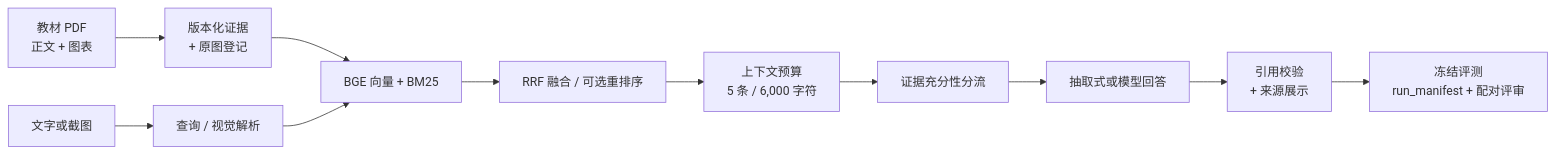
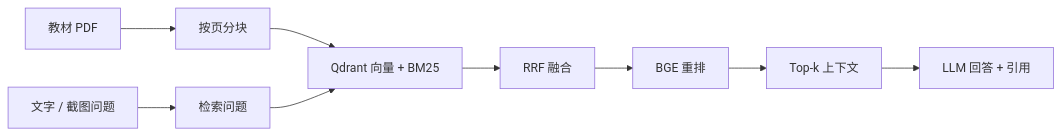
The diagram in README.zh-CN.md (YhxMo/medical-rag), drawn with Mermaid before and after one commit. The commit also changed other lines of this file and 556 other files, not shown here.

````diff
--- a/README.zh-CN.md
+++ b/README.zh-CN.md
@@ -22,13 +10,11 @@
 ```mermaid
 flowchart LR
-  A[教材 PDF<br/>正文 + 图表] --> B[版本化证据<br/>+ 原图登记]
-  B --> C[BGE 向量 + BM25]
-  Q[文字或截图] --> P[查询 / 视觉解析]
-  P --> C
-  C --> D[RRF 融合 / 可选重排序]
-  D --> E[上下文预算<br/>5 条 / 6,000 字符]
-  E --> F[证据充分性分流]
-  F --> G[抽取式或模型回答]
-  G --> H[引用校验<br/>+ 来源展示]
-  H --> I[冻结评测<br/>run_manifest + 配对评审]
+    PDF[教材 PDF] --> Chunk[按页分块]
+    Chunk --> Index[Qdrant 向量 + BM25]
+    Q[文字 / 截图问题] --> Query[检索问题]
+    Query --> Index
+    Index --> RRF[RRF 融合]
+    RRF --> Rank[BGE 重排]
+    Rank --> Context[Top-k 上下文]
+    Context --> Answer[LLM 回答 + 引用]
 ```
````
